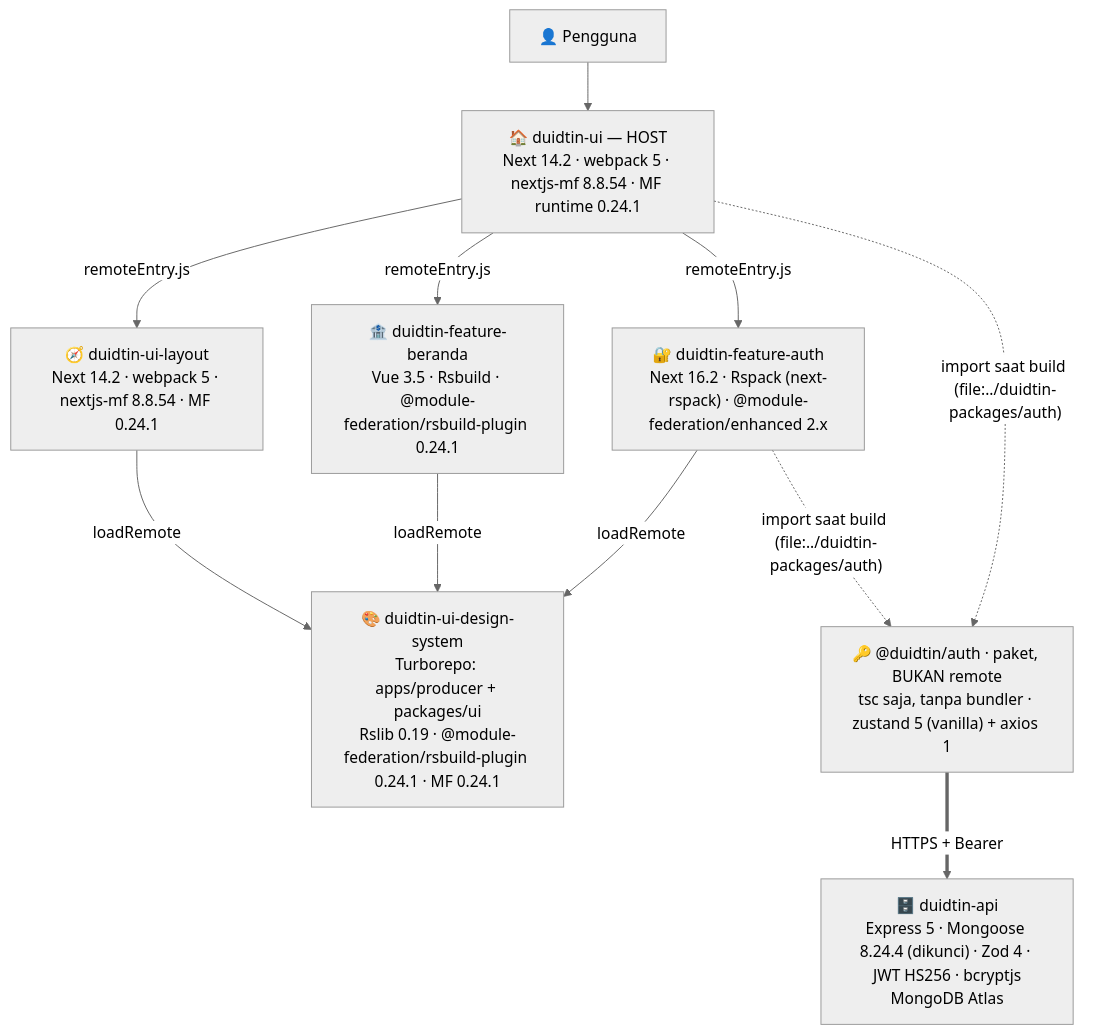
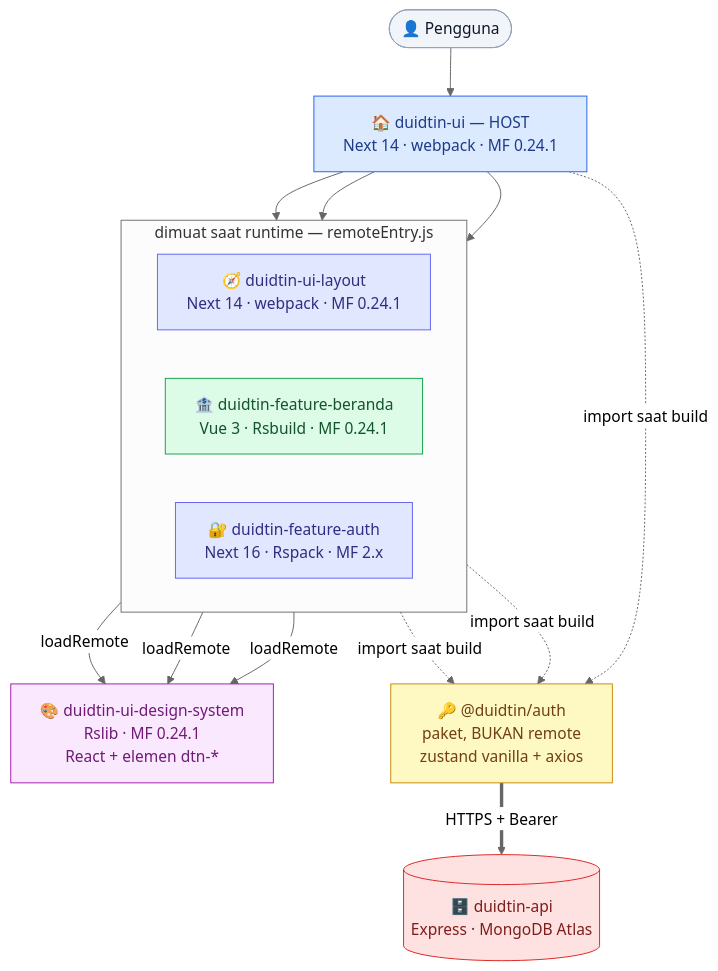
The diagram in README.id.md (AnggaWikaNugraha/super-apps-microfrontend-duidtin), drawn with Mermaid (neutral theme) before and after one commit. The commit also changed other lines of this file and 1 other file, not shown here.

````diff
--- a/README.id.md
+++ b/README.id.md
@@ -283,19 +283,40 @@
 ```mermaid
-graph TD
-  U["👤 Pengguna"] --> H
+%%{init: {'flowchart': {'wrappingWidth': 280}}}%%
+flowchart TD
+  U(["👤 Pengguna"]) --> H
 
-  H["🏠 duidtin-ui — HOST<br/>Next 14.2 · webpack 5 · nextjs-mf 8.8.54 · MF runtime 0.24.1"]
+  H["🏠 duidtin-ui — HOST<br/>Next 14 · webpack · MF 0.24.1"]
 
-  H -- "remoteEntry.js" --> L["🧭 duidtin-ui-layout<br/>Next 14.2 · webpack 5 · nextjs-mf 8.8.54 · MF 0.24.1"]
-  H -- "remoteEntry.js" --> B["🏦 duidtin-feature-beranda<br/>Vue 3.5 · Rsbuild · @module-federation/rsbuild-plugin 0.24.1"]
-  H -- "remoteEntry.js" --> A["🔐 duidtin-feature-auth<br/>Next 16.2 · Rspack (next-rspack) · @module-federation/enhanced 2.x"]
+  subgraph RUNTIME ["dimuat saat runtime — remoteEntry.js"]
+    direction LR
+    L["🧭 duidtin-ui-layout<br/>Next 14 · webpack · MF 0.24.1"]
+    B["🏦 duidtin-feature-beranda<br/>Vue 3 · Rsbuild · MF 0.24.1"]
+    A["🔐 duidtin-feature-auth<br/>Next 16 · Rspack · MF 2.x"]
+  end
 
-  L -- "loadRemote" --> DS["🎨 duidtin-ui-design-system<br/>Turborepo: apps/producer + packages/ui<br/>Rslib 0.19 · @module-federation/rsbuild-plugin 0.24.1 · MF 0.24.1"]
-  B -- "loadRemote" --> DS
-  A -- "loadRemote" --> DS
+  H --> L
+  H --> B
+  H --> A
 
-  H -. "import saat build (file:../duidtin-packages/auth)" .-> P["🔑 @duidtin/auth · paket, BUKAN remote<br/>tsc saja, tanpa bundler · zustand 5 (vanilla) + axios 1"]
-  A -. "import saat build (file:../duidtin-packages/auth)" .-> P
+  L & B & A -- "loadRemote" --> DS["🎨 duidtin-ui-design-system<br/>Rslib · MF 0.24.1<br/>React + elemen dtn-*"]
 
-  P == "HTTPS + Bearer" ==> API["🗄️ duidtin-api<br/>Express 5 · Mongoose 8.24.4 (dikunci) · Zod 4 · JWT HS256 · bcryptjs<br/>MongoDB Atlas"]
+  H & B & A -. "import saat build" .-> P["🔑 @duidtin/auth<br/>paket, BUKAN remote<br/>zustand vanilla + axios"]
+
+  P == "HTTPS + Bearer" ==> API[("🗄️ duidtin-api<br/>Express · MongoDB Atlas")]
+
+  classDef pengguna fill:#f1f5f9,stroke:#94a3b8,color:#0f172a
+  classDef host fill:#dbeafe,stroke:#2563eb,color:#1e3a8a
+  classDef react fill:#e0e7ff,stroke:#6366f1,color:#312e81
+  classDef vue fill:#dcfce7,stroke:#16a34a,color:#14532d
+  classDef ds fill:#fae8ff,stroke:#a21caf,color:#701a75
+  classDef paket fill:#fef9c3,stroke:#ca8a04,color:#713f12
+  classDef backend fill:#fee2e2,stroke:#dc2626,color:#7f1d1d
+
+  class U pengguna
+  class H host
+  class L,A react
+  class B vue
+  class DS ds
+  class P paket
+  class API backend
 ```
````
